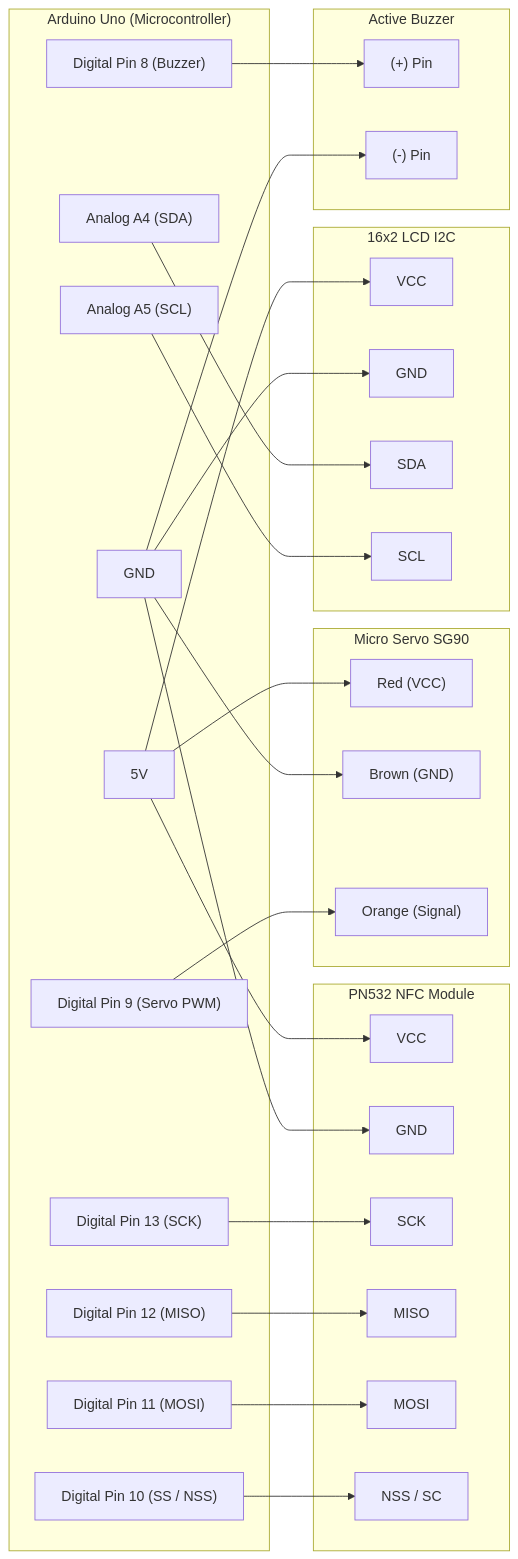
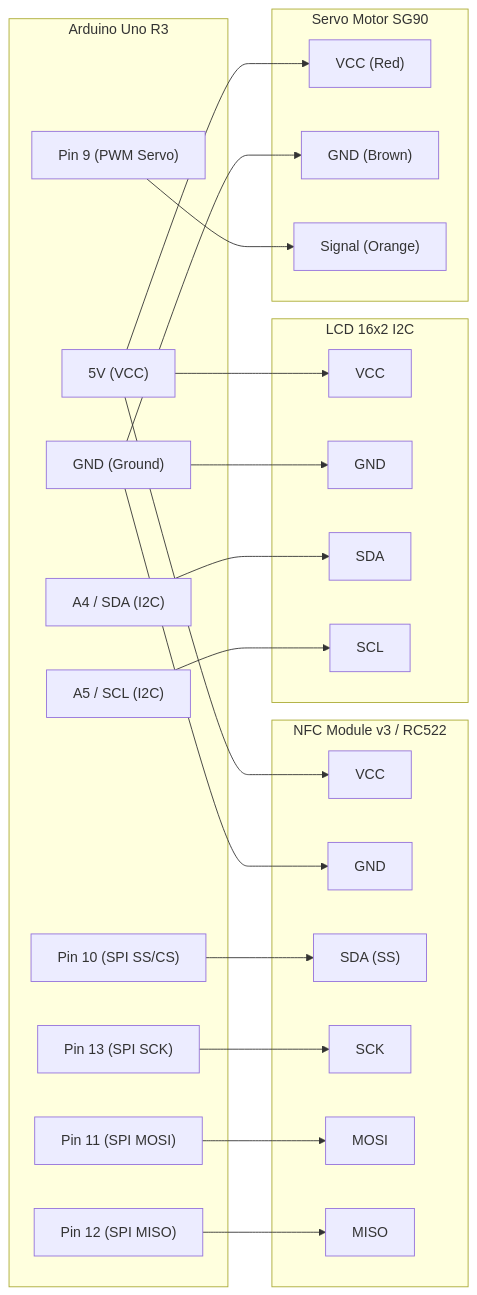
Before and after one commit to saecar/SaecarPortfolio: the diagram in contents/projects/parking-system.mdx, drawn with Mermaid. The commit also changed other lines of this file, not shown here.

````diff
--- a/contents/projects/parking-system.mdx
+++ b/contents/projects/parking-system.mdx
@@ -34,61 +40,54 @@
 ```mermaid
 graph LR
-    subgraph Arduino["Arduino Uno (Microcontroller)"]
-      A_5V["5V"]
-      A_GND["GND"]
-      A_P8["Digital Pin 8 (Buzzer)"]
-      A_P9["Digital Pin 9 (Servo PWM)"]
-      A_P10["Digital Pin 10 (SS / NSS)"]
-      A_P11["Digital Pin 11 (MOSI)"]
-      A_P12["Digital Pin 12 (MISO)"]
-      A_P13["Digital Pin 13 (SCK)"]
-      A_A4["Analog A4 (SDA)"]
-      A_A5["Analog A5 (SCL)"]
+    subgraph MCU["Arduino Uno R3"]
+      MCU_5V["5V (VCC)"]
+      MCU_GND["GND (Ground)"]
+      MCU_SCL["A5 / SCL (I2C)"]
+      MCU_SDA["A4 / SDA (I2C)"]
+      MCU_D9["Pin 9 (PWM Servo)"]
+      MCU_D10["Pin 10 (SPI SS/CS)"]
+      MCU_D11["Pin 11 (SPI MOSI)"]
+      MCU_D12["Pin 12 (SPI MISO)"]
+      MCU_D13["Pin 13 (SPI SCK)"]
     end
 
-    subgraph NFC["PN532 NFC Module"]
-      N_VCC["VCC"]
-      N_GND["GND"]
-      N_SCK["SCK"]
-      N_MISO["MISO"]
-      N_MOSI["MOSI"]
-      N_SS["NSS / SC"]
+    subgraph NFC["NFC Module v3 / RC522"]
+      NFC_VCC["VCC"]
+      NFC_GND["GND"]
+      NFC_SDA["SDA (SS)"]
+      NFC_SCK["SCK"]
+      NFC_MOSI["MOSI"]
+      NFC_MISO["MISO"]
     end
 
-    subgraph Servo["Micro Servo SG90"]
-      S_VCC["Red (VCC)"]
-      S_GND["Brown (GND)"]
-      S_SIG["Orange (Signal)"]
+    subgraph LCD["LCD 16x2 I2C"]
+      LCD_VCC["VCC"]
+      LCD_GND["GND"]
+      LCD_SDA["SDA"]
+      LCD_SCL["SCL"]
     end
 
-    subgraph LCD["16x2 LCD I2C"]
-      L_VCC["VCC"]
-      L_GND["GND"]
-      L_SDA["SDA"]
-      L_SCL["SCL"]
+    subgraph Servo["Servo Motor SG90"]
+      SV_VCC["VCC (Red)"]
+      SV_GND["GND (Brown)"]
+      SV_SIG["Signal (Orange)"]
     end
 
-    subgraph Buzzer["Active Buzzer"]
-      B_POS["(+) Pin"]
-      B_NEG["(-) Pin"]
-    end
+    MCU_5V --> NFC_VCC
+    MCU_5V --> LCD_VCC
+    MCU_5V --> SV_VCC
+    
+    MCU_GND --> NFC_GND
+    MCU_GND --> LCD_GND
+    MCU_GND --> SV_GND
 
-    A_5V --> N_VCC
-    A_5V --> S_VCC
-    A_5V --> L_VCC
-    
-    A_GND --> N_GND
-    A_GND --> S_GND
-    A_GND --> L_GND
-    A_GND --> B_NEG
+    MCU_SDA --> LCD_SDA
+    MCU_SCL --> LCD_SCL
 
-    A_P13 --> N_SCK
-    A_P12 --> N_MISO
-    A_P11 --> N_MOSI
-    A_P10 --> N_SS
+    MCU_D10 --> NFC_SDA
+    MCU_D13 --> NFC_SCK
+    MCU_D11 --> NFC_MOSI
+    MCU_D12 --> NFC_MISO
 
-    A_P9 --> S_SIG
-    A_A4 --> L_SDA
-    A_A5 --> L_SCL
-    A_P8 --> B_POS
+    MCU_D9 --> SV_SIG
 ```
````
